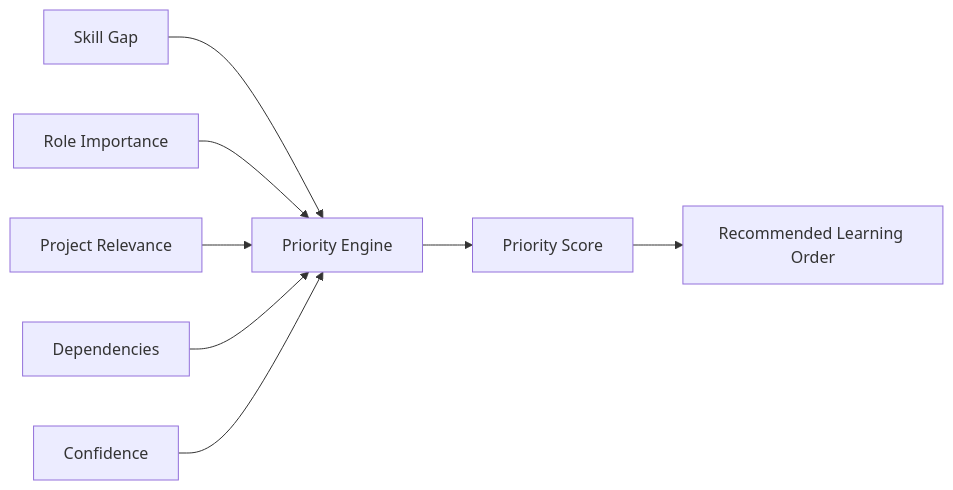
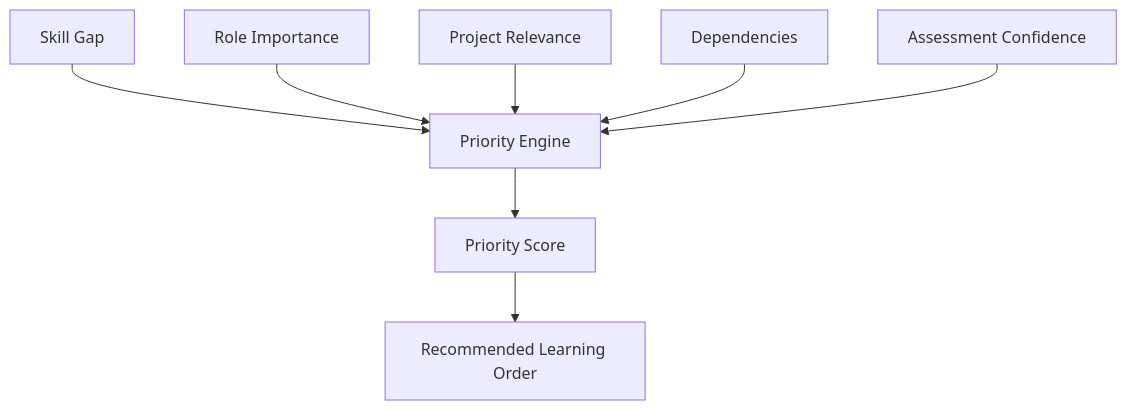
The second of 7 diagrams in README.md (itsdivyanshuno/gaply-bnb-2026), drawn with Mermaid before and after one commit. The commit also changed other lines of this file, not shown here.

````diff
--- a/README.md
+++ b/README.md
@@ -124,10 +148,10 @@
 ```mermaid
-flowchart LR
-    A["Skill Gap"] --> F["Priority Engine"]
-    B["Role Importance"] --> F
-    C["Project Relevance"] --> F
-    D["Dependencies"] --> F
-    E["Confidence"] --> F
-    F --> G["Priority Score"]
-    G --> H["Recommended Learning Order"]
+flowchart TD
+    A[Skill Gap] --> F[Priority Engine]
+    B[Role Importance] --> F
+    C[Project Relevance] --> F
+    D[Dependencies] --> F
+    E[Assessment Confidence] --> F
+    F --> G[Priority Score]
+    G --> H[Recommended Learning Order]
 ```
````
